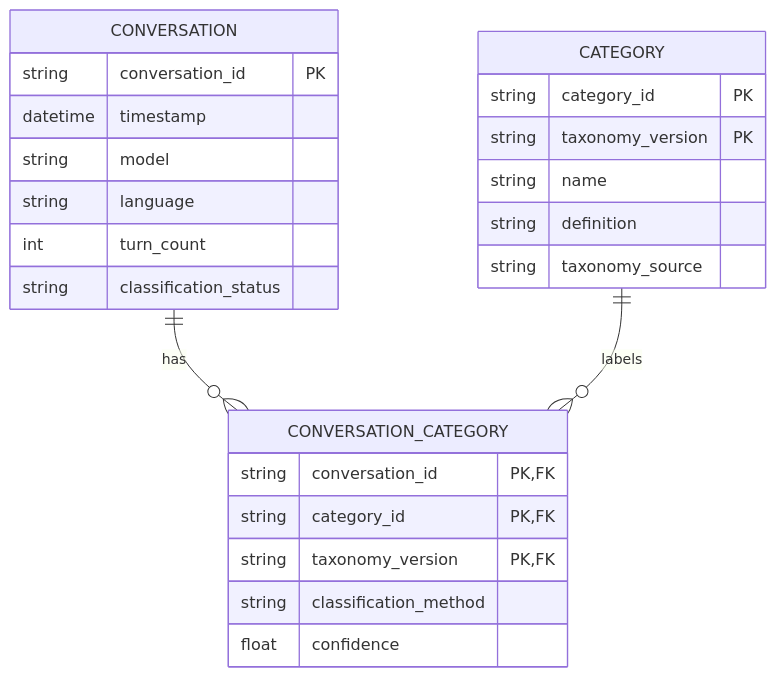
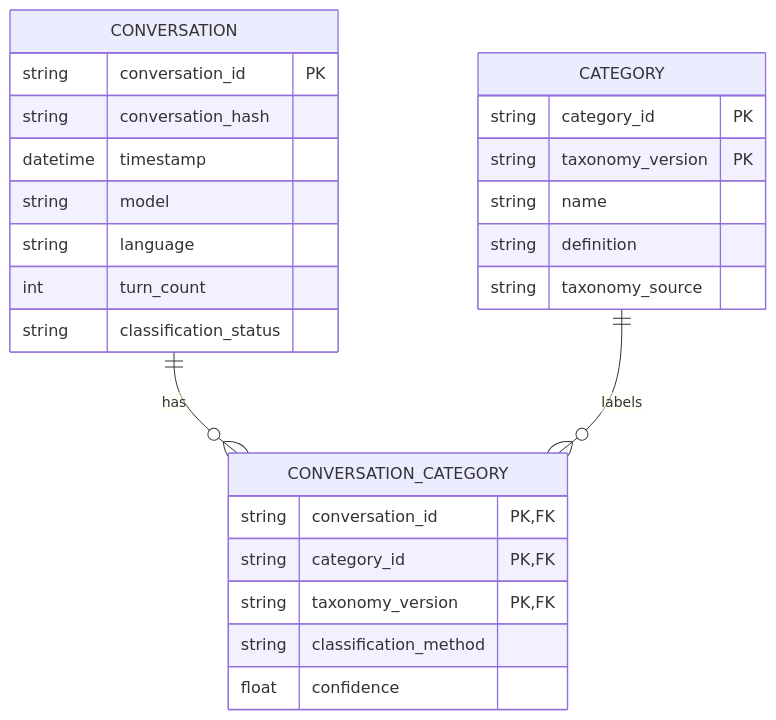
Before and after one commit to brian-amado/secure-ai-data-platform: the second of 2 diagrams in architecture/README.md, drawn with Mermaid. The commit also changed other lines of this file and 5 other files, not shown here.

````diff
--- a/architecture/README.md
+++ b/architecture/README.md
@@ -27,30 +27,31 @@
 ```mermaid
 erDiagram
     CONVERSATION ||--o{ CONVERSATION_CATEGORY : has
     CATEGORY ||--o{ CONVERSATION_CATEGORY : labels
 
     CONVERSATION {
         string conversation_id PK
+        string conversation_hash
         datetime timestamp
         string model
         string language
         int turn_count
         string classification_status
     }
 
     CATEGORY {
         string category_id PK
         string taxonomy_version PK
         string name
         string definition
         string taxonomy_source
     }
 
     CONVERSATION_CATEGORY {
         string conversation_id PK, FK
         string category_id PK, FK
         string taxonomy_version PK, FK
         string classification_method
         float confidence
     }
 ```
````
